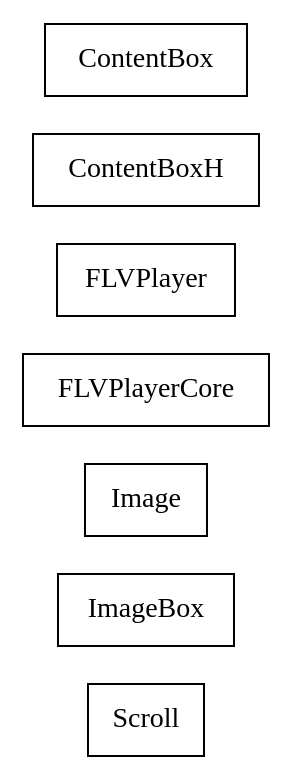
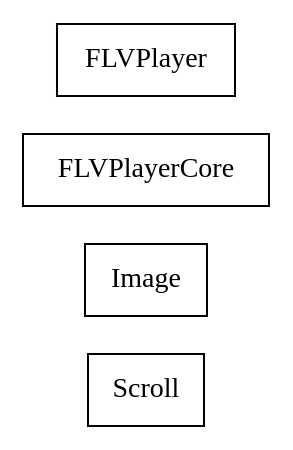
One commit to sekati/sasapi changed the diagram in docs/com/sekati/ui/classes.dot. Above: the diagram before and after it, drawn with Graphviz. The commit also changed 44 other files, not shown here.

```diff
--- a/docs/com/sekati/ui/classes.dot
+++ b/docs/com/sekati/ui/classes.dot
@@ -1,45 +1,27 @@
 strict digraph class_diagram {
   rankdir=LR;
   TypeScroll[
     label="Scroll",
     URL="Scroll.html",
     tooltip="com.sekati.ui.Scroll",
-    shape="record"
-  ];
-  TypeImageBox[
-    label="ImageBox",
-    URL="ImageBox.html",
-    tooltip="com.sekati.ui.ImageBox",
     shape="record"
   ];
   TypeImage[
     label="Image",
     URL="Image.html",
     tooltip="com.sekati.ui.Image",
     shape="record"
   ];
   TypeFLVPlayerCore[
     label="FLVPlayerCore",
     URL="FLVPlayerCore.html",
     tooltip="com.sekati.ui.FLVPlayerCore",
     shape="record"
   ];
   TypeFLVPlayer[
     label="FLVPlayer",
     URL="FLVPlayer.html",
     tooltip="com.sekati.ui.FLVPlayer",
     shape="record"
   ];
-  TypeContentBoxH[
-    label="ContentBoxH",
-    URL="ContentBoxH.html",
-    tooltip="com.sekati.ui.ContentBoxH",
-    shape="record"
-  ];
-  TypeContentBox[
-    label="ContentBox",
-    URL="ContentBox.html",
-    tooltip="com.sekati.ui.ContentBox",
-    shape="record"
-  ];
 }
```
